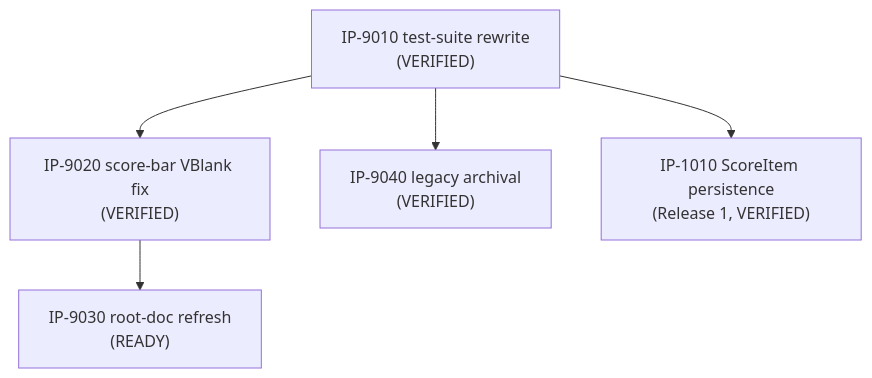
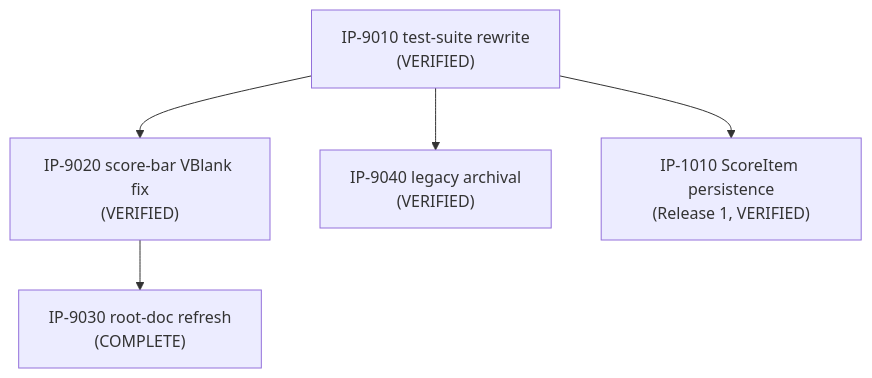
One commit to Zabin/RsGame changed the diagram in docs/implementation/00-master-build-plan.md. Above: the diagram before and after it, drawn with Mermaid. The commit also changed other lines of this file and 4 other files, not shown here.

````diff
--- a/docs/implementation/00-master-build-plan.md
+++ b/docs/implementation/00-master-build-plan.md
@@ -26,12 +26,12 @@
 ```mermaid
 graph TD
     IP9010["IP-9010 test-suite rewrite<br/>(VERIFIED)"]
     IP9020["IP-9020 score-bar VBlank fix<br/>(VERIFIED)"]
-    IP9030["IP-9030 root-doc refresh<br/>(READY)"]
+    IP9030["IP-9030 root-doc refresh<br/>(COMPLETE)"]
     IP9040["IP-9040 legacy archival<br/>(VERIFIED)"]
     IP1010["IP-1010 ScoreItem persistence<br/>(Release 1, VERIFIED)"]
     IP9010 --> IP9020
     IP9010 --> IP9040
     IP9010 --> IP1010
     IP9020 --> IP9030
 ```
````
